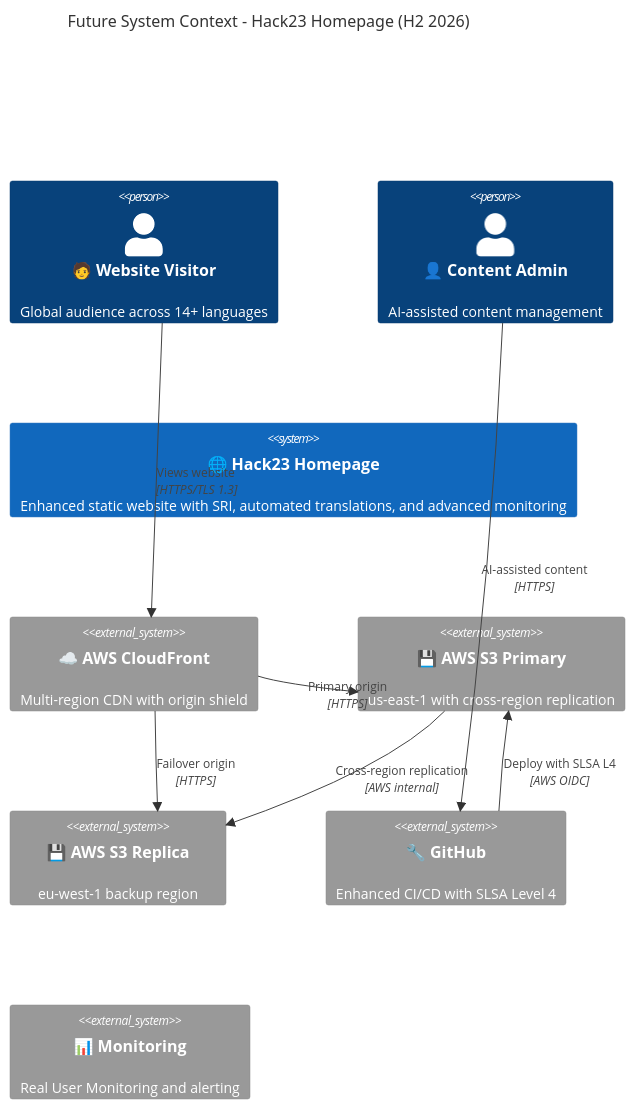
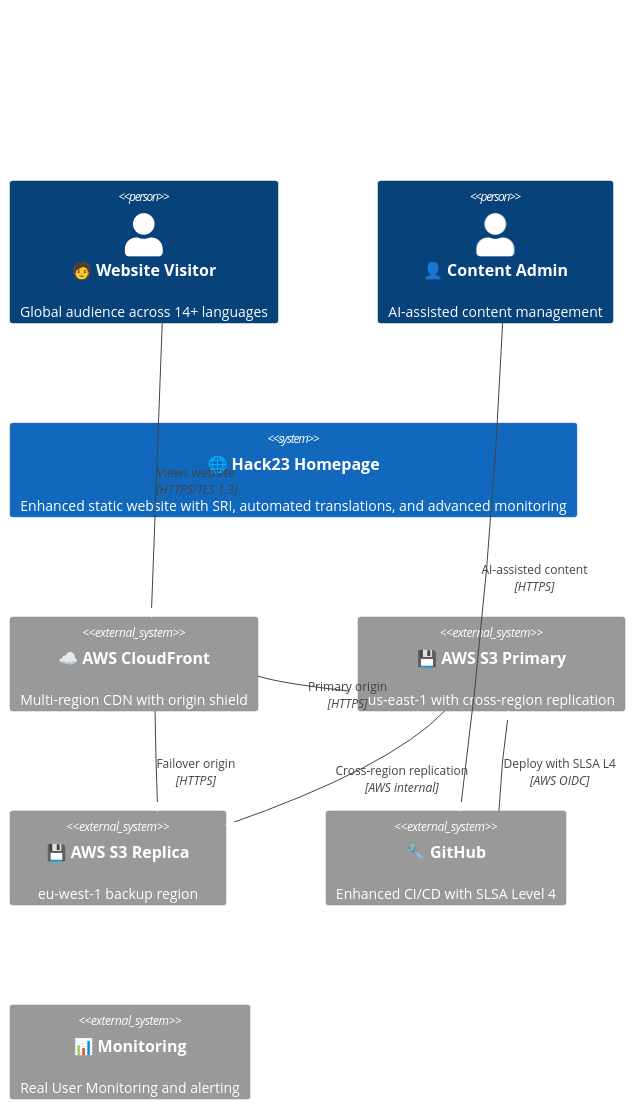
Before and after one commit to Hack23/homepage: the first of 2 diagrams in FUTURE_ARCHITECTURE.md, drawn with Mermaid. The commit also changed other lines of this file and 30 other files, not shown here.

First line of the commit message:
Fix broken mermaid diagrams and add consistent theming to all 115 blocks

````diff
--- a/FUTURE_ARCHITECTURE.md
+++ b/FUTURE_ARCHITECTURE.md
@@ -64,22 +64,23 @@
 ```mermaid
+%%{init: {"theme": "base", "themeVariables": {"primaryColor": "#2196F3", "primaryTextColor": "#ffffff", "lineColor": "#455A64", "secondaryColor": "#4CAF50", "tertiaryColor": "#FF9800", "primaryBorderColor": "#1565C0"}}}%%
 C4Context
     title Future System Context - Hack23 Homepage (H2 2026)
 
     Person(visitor, "🧑 Website Visitor", "Global audience across 14+ languages")
     Person(admin, "👤 Content Admin", "AI-assisted content management")
 
     System(homepage, "🌐 Hack23 Homepage", "Enhanced static website with SRI, automated translations, and advanced monitoring")
 
     System_Ext(cloudfront, "☁️ AWS CloudFront", "Multi-region CDN with origin shield")
     System_Ext(s3primary, "💾 AWS S3 Primary", "us-east-1 with cross-region replication")
     System_Ext(s3replica, "💾 AWS S3 Replica", "eu-west-1 backup region")
     System_Ext(github, "🔧 GitHub", "Enhanced CI/CD with SLSA Level 4")
     System_Ext(monitoring, "📊 Monitoring", "Real User Monitoring and alerting")
 
     Rel(visitor, cloudfront, "Views website", "HTTPS/TLS 1.3")
     Rel(cloudfront, s3primary, "Primary origin", "HTTPS")
     Rel(cloudfront, s3replica, "Failover origin", "HTTPS")
     Rel(admin, github, "AI-assisted content", "HTTPS")
     Rel(github, s3primary, "Deploy with SLSA L4", "AWS OIDC")
     Rel(s3primary, s3replica, "Cross-region replication", "AWS internal")
 ```
````
